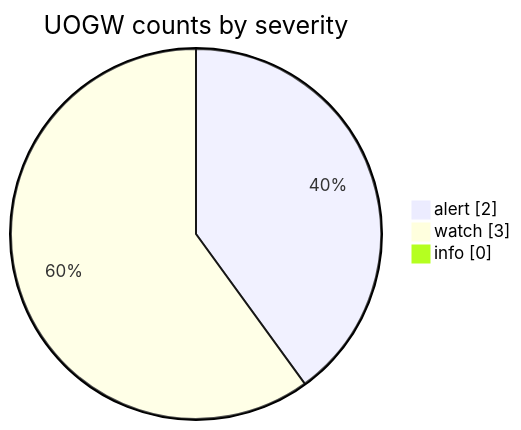
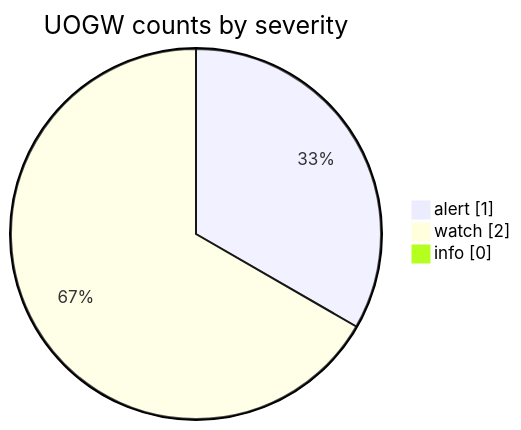
The fourth of 6 diagrams in docs/GRAPHS.md (Midwest-Stratospheric/aerostratospheric-defense-gir), drawn with Mermaid before and after one commit. The commit also changed other lines of this file and 24 other files, not shown here.

````diff
--- a/docs/GRAPHS.md
+++ b/docs/GRAPHS.md
@@ -66,7 +66,7 @@
 ```mermaid
 pie showData
   title UOGW counts by severity
-  "alert" : 2
-  "watch" : 3
+  "alert" : 1
+  "watch" : 2
   "info" : 0
 ```
````
